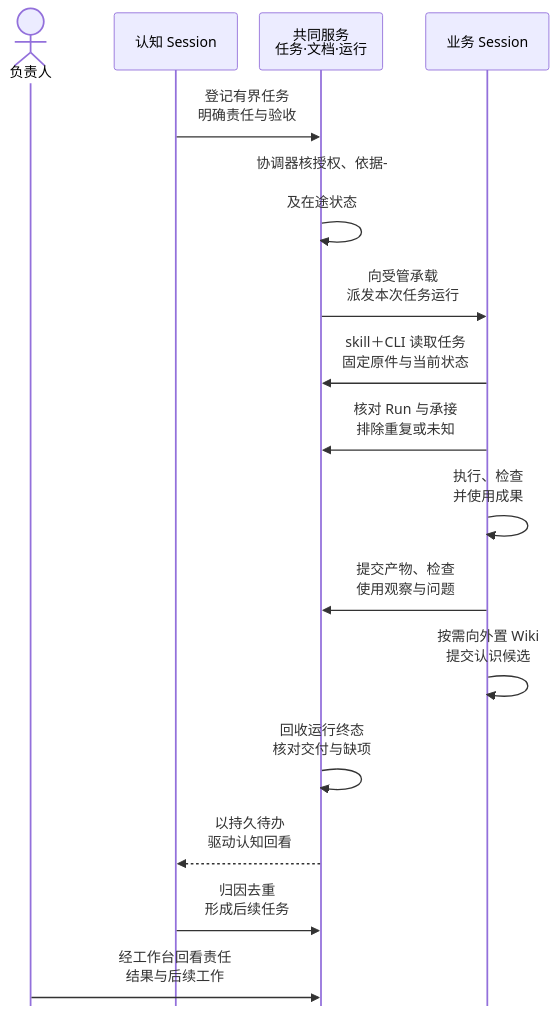
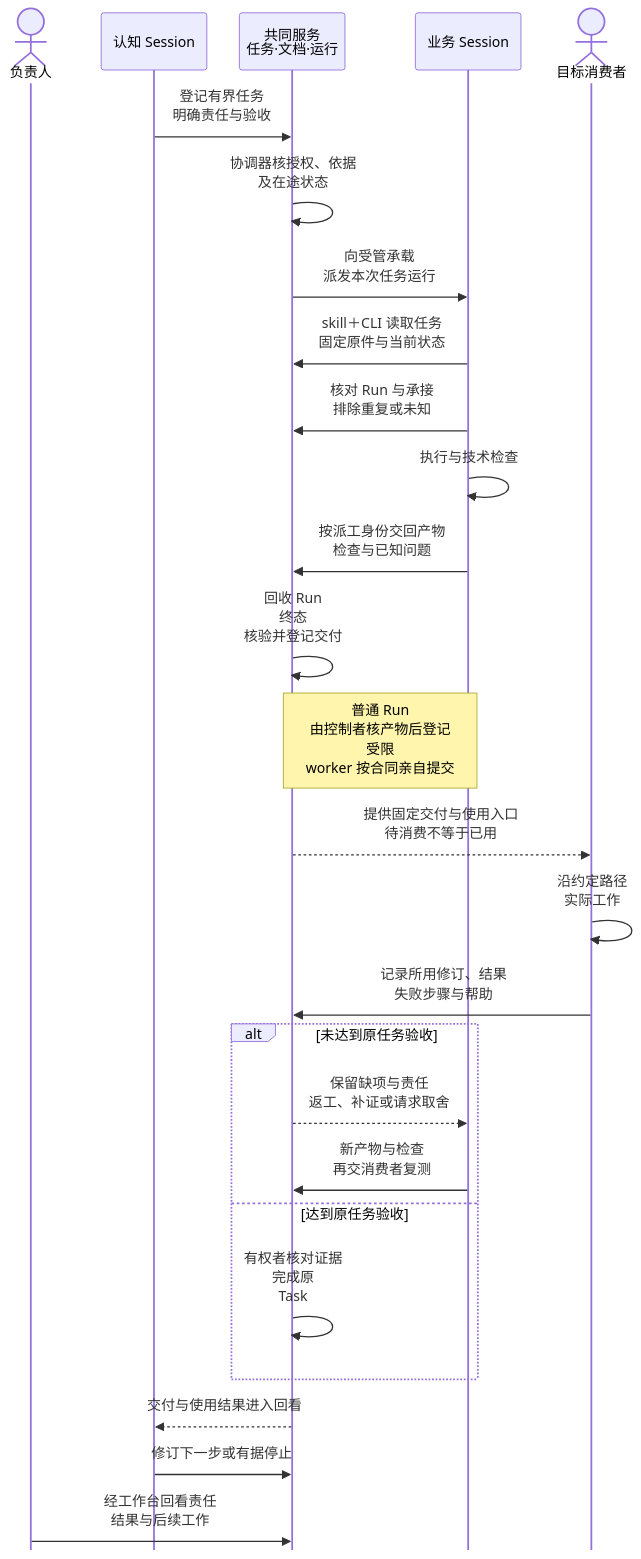
The second of 3 diagrams in docs/product/functional-scenarios.md (cyl19970726/evoLoop), drawn with Mermaid before and after one commit. The commit also changed other lines of this file and 6 other files, not shown here.

````diff
--- a/docs/product/functional-scenarios.md
+++ b/docs/product/functional-scenarios.md
@@ -115,20 +116,30 @@
 ```mermaid
-%%{init: {"sequence":{"mirrorActors":false,"actorMargin":25,"messageMargin":25,"width":140,"wrap":true}}}%%
+%%{init: {"sequence":{"mirrorActors":false,"actorMargin":20,"messageMargin":25,"width":120,"wrap":true}}}%%
 sequenceDiagram
   actor H as 负责人
   participant C as 认知 Session
   participant P as 共同服务<br/>任务·文档·运行
   participant B as 业务 Session
+  actor U as 目标消费者
   C->>P: 登记有界任务<br/>明确责任与验收
   P->>P: 协调器核授权、依据<br/>及在途状态
   P->>B: 向受管承载<br/>派发本次任务运行
   B->>P: skill＋CLI 读取任务<br/>固定原件与当前状态
   B->>P: 核对 Run 与承接<br/>排除重复或未知
-  B->>B: 执行、检查<br/>并使用成果
-  B->>P: 提交产物、检查<br/>使用观察与问题
-  B->>B: 按需向外置 Wiki<br/>提交认识候选
-  P->>P: 回收运行终态<br/>核对交付与缺项
-  P-->>C: 以持久待办<br/>驱动认知回看
-  C->>P: 归因去重<br/>形成后续任务
+  B->>B: 执行与技术检查
+  B->>P: 按派工身份交回产物<br/>检查与已知问题
+  P->>P: 回收 Run 终态<br/>核验并登记交付
+  Note over P,B: 普通 Run 由控制者核产物后登记<br/>受限 worker 按合同亲自提交
+  P-->>U: 提供固定交付与使用入口<br/>待消费不等于已用
+  U->>U: 沿约定路径<br/>实际工作
+  U->>P: 记录所用修订、结果<br/>失败步骤与帮助
+  alt 未达到原任务验收
+    P-->>B: 保留缺项与责任<br/>返工、补证或请求取舍
+    B->>P: 新产物与检查<br/>再交消费者复测
+  else 达到原任务验收
+    P->>P: 有权者核对证据<br/>完成原 Task
+  end
+  P-->>C: 交付与使用结果进入回看
+  C->>P: 修订下一步或有据停止
   H->>P: 经工作台回看责任<br/>结果与后续工作
 ```
````
